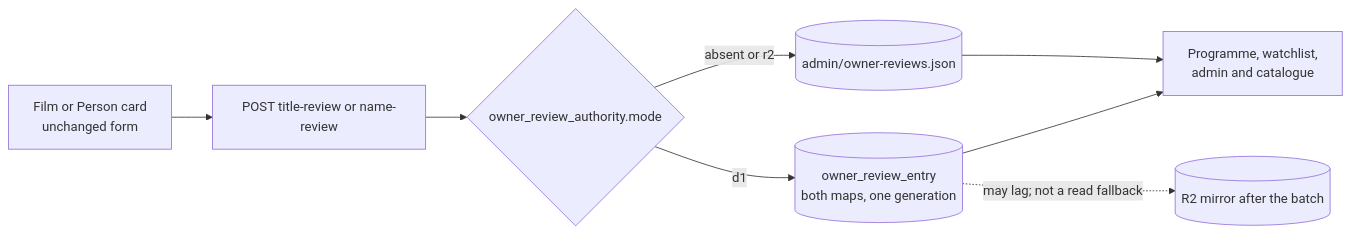
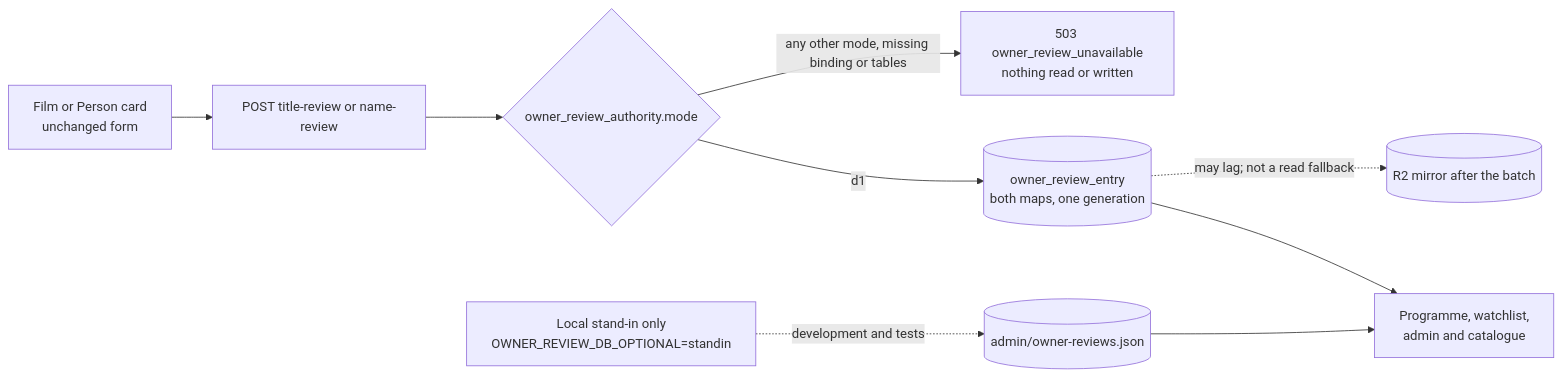
Before and after one commit to vladimino/iptv-watchlist: the fifth of 6 diagrams in docs/architecture/film-person-lifecycle.md, drawn with Mermaid. The commit also changed other lines of this file and 22 other files, not shown here.

First line of the commit message:
AIR-79: owner reviews are served only in D1 mode; retire their rollback tooling (ADR 0162)

````diff
--- a/docs/architecture/film-person-lifecycle.md
+++ b/docs/architecture/film-person-lifecycle.md
@@ -109,14 +109,17 @@
 ```mermaid
 flowchart LR
   form["Film or Person card<br/>unchanged form"]
   post["POST title-review or name-review"]
   marker{"owner_review_authority.mode"}
   object[("admin/owner-reviews.json")]
   rows[("owner_review_entry<br/>both maps, one generation")]
   mirror[("R2 mirror after the batch")]
   reads["Programme, watchlist,<br/>admin and catalogue"]
+  refused["503 owner_review_unavailable<br/>nothing read or written"]
+  standin["Local stand-in only<br/>OWNER_REVIEW_DB_OPTIONAL=standin"]
   form --> post --> marker
-  marker -->|absent or r2| object --> reads
   marker -->|d1| rows --> reads
   rows -.->|may lag; not a read fallback| mirror
+  marker -->|any other mode, missing binding or tables| refused
+  standin -.->|development and tests| object --> reads
 ```
````
